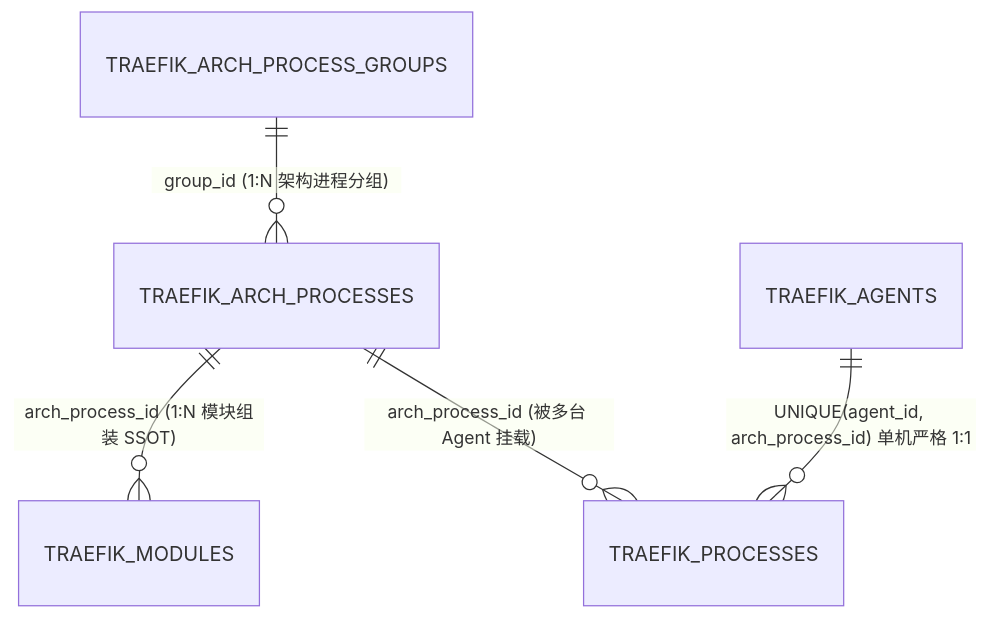
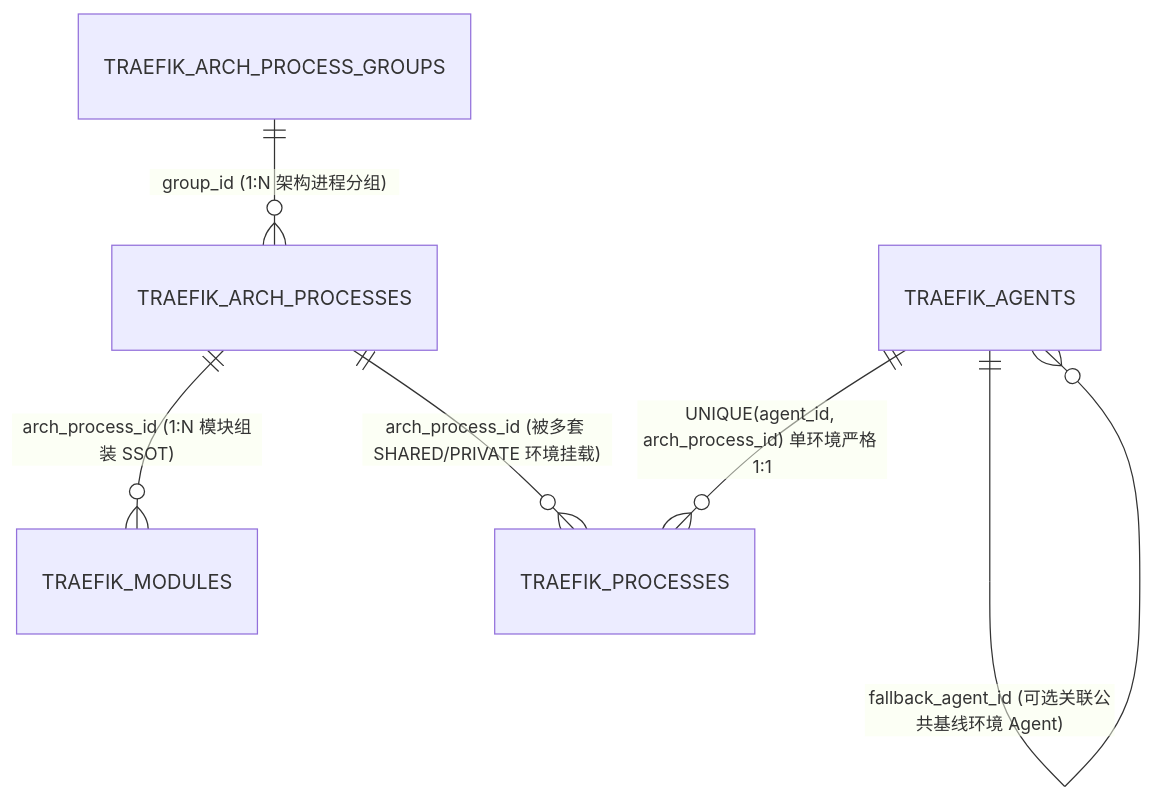
The first of 2 diagrams in docs/05-adr/09-arch-process-ssot-and-ebpf-premount-standby-adr.md (fugui/code-traefik), drawn with Mermaid before and after one commit. The commit also changed other lines of this file and 9 other files, not shown here.

````diff
--- a/docs/05-adr/09-arch-process-ssot-and-ebpf-premount-standby-adr.md
+++ b/docs/05-adr/09-arch-process-ssot-and-ebpf-premount-standby-adr.md
@@ -39,7 +39,8 @@
 ```mermaid
 erDiagram
     TRAEFIK_ARCH_PROCESS_GROUPS ||--o{ TRAEFIK_ARCH_PROCESSES : "group_id (1:N 架构进程分组)"
     TRAEFIK_ARCH_PROCESSES ||--o{ TRAEFIK_MODULES : "arch_process_id (1:N 模块组装 SSOT)"
-    TRAEFIK_ARCH_PROCESSES ||--o{ TRAEFIK_PROCESSES : "arch_process_id (被多台 Agent 挂载)"
-    TRAEFIK_AGENTS ||--o{ TRAEFIK_PROCESSES : "UNIQUE(agent_id, arch_process_id) 单机严格 1:1"
+    TRAEFIK_ARCH_PROCESSES ||--o{ TRAEFIK_PROCESSES : "arch_process_id (被多套 SHARED/PRIVATE 环境挂载)"
+    TRAEFIK_AGENTS ||--o{ TRAEFIK_PROCESSES : "UNIQUE(agent_id, arch_process_id) 单环境严格 1:1"
+    TRAEFIK_AGENTS ||--o{ TRAEFIK_AGENTS : "fallback_agent_id (可选关联公共基线环境 Agent)"
 ```
````
